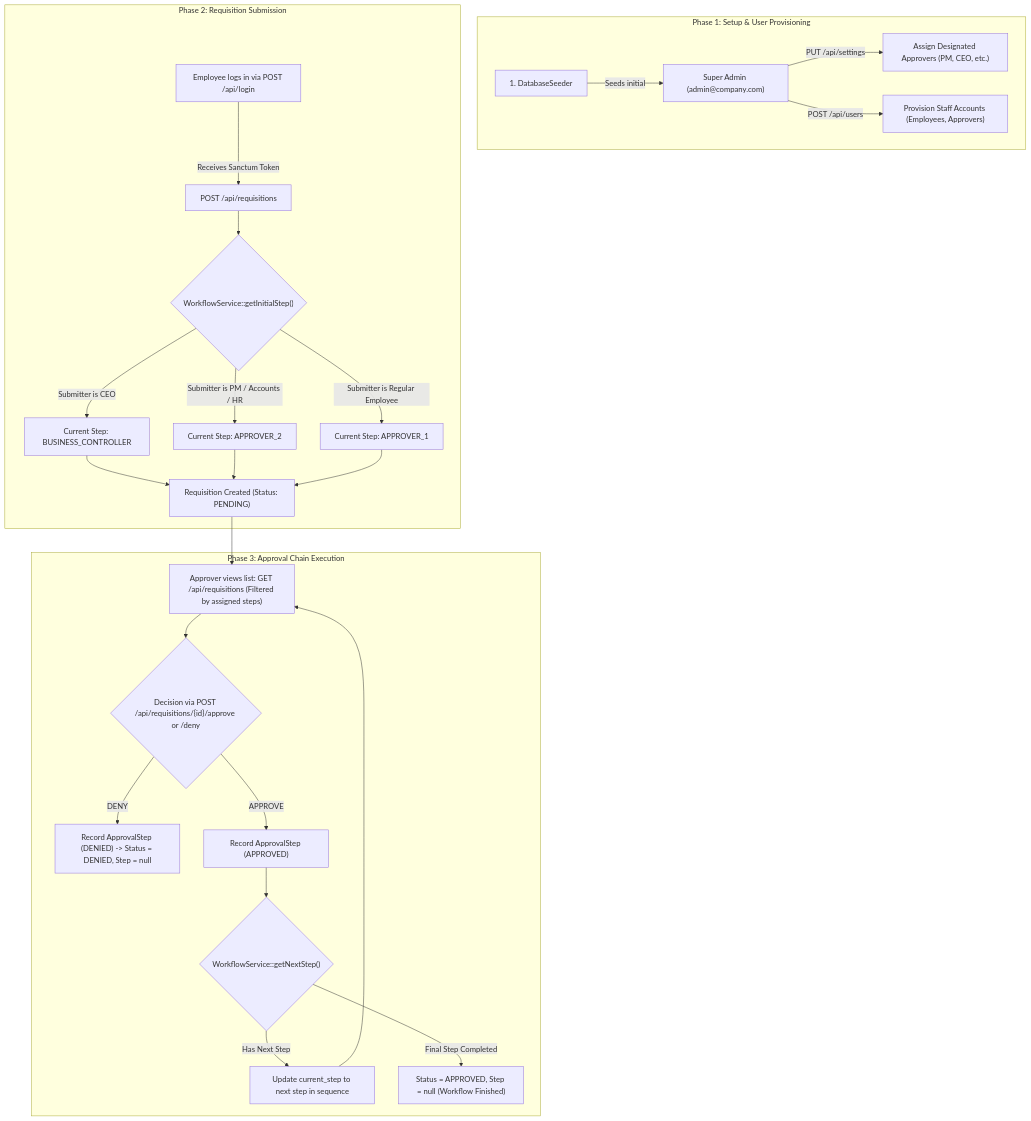
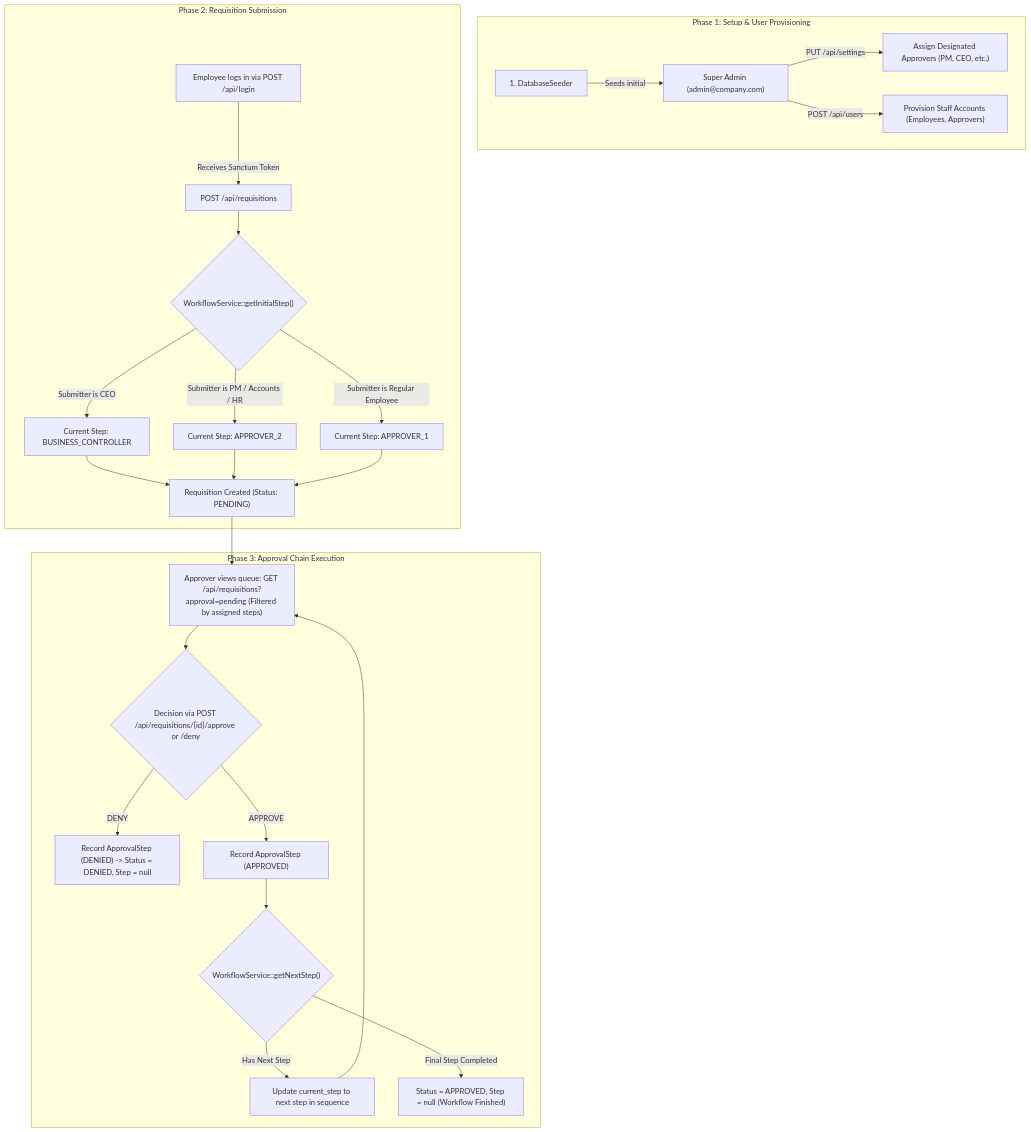
Before and after one commit to yeasinx/requisition-api: the diagram in docs/SYSTEM_FLOW.md, drawn with Mermaid. The commit also changed other lines of this file and 6 other files, not shown here.

Commit message:
docs: document approval=pending filter

````diff
--- a/docs/SYSTEM_FLOW.md
+++ b/docs/SYSTEM_FLOW.md
@@ -77,28 +77,28 @@
 ```mermaid
 flowchart TD
     subgraph Phase 1: Setup & User Provisioning
         A["1. DatabaseSeeder"] -->|"Seeds initial"| B["Super Admin (admin@company.com)"]
         B -->|"PUT /api/settings"| C["Assign Designated Approvers (PM, CEO, etc.)"]
         B -->|"POST /api/users"| D["Provision Staff Accounts (Employees, Approvers)"]
     end
 
     subgraph Phase 2: Requisition Submission
         E["Employee logs in via POST /api/login"] -->|"Receives Sanctum Token"| F["POST /api/requisitions"]
         F --> G{"WorkflowService::getInitialStep()"}
         G -->|"Submitter is CEO"| H["Current Step: BUSINESS_CONTROLLER"]
         G -->|"Submitter is PM / Accounts / HR"| I["Current Step: APPROVER_2"]
         G -->|"Submitter is Regular Employee"| J["Current Step: APPROVER_1"]
         H & I & J --> K["Requisition Created (Status: PENDING)"]
     end
 
     subgraph Phase 3: Approval Chain Execution
-        K --> L["Approver views list: GET /api/requisitions (Filtered by assigned steps)"]
+        K --> L["Approver views queue: GET /api/requisitions?approval=pending (Filtered by assigned steps)"]
         L --> M{"Decision via POST /api/requisitions/{id}/approve or /deny"}
         M -->|"DENY"| N["Record ApprovalStep (DENIED) -> Status = DENIED, Step = null"]
         M -->|"APPROVE"| O["Record ApprovalStep (APPROVED)"]
         O --> P{"WorkflowService::getNextStep()"}
         P -->|"Has Next Step"| Q["Update current_step to next step in sequence"]
         Q --> L
         P -->|"Final Step Completed"| R["Status = APPROVED, Step = null (Workflow Finished)"]
     end
 ```
````
